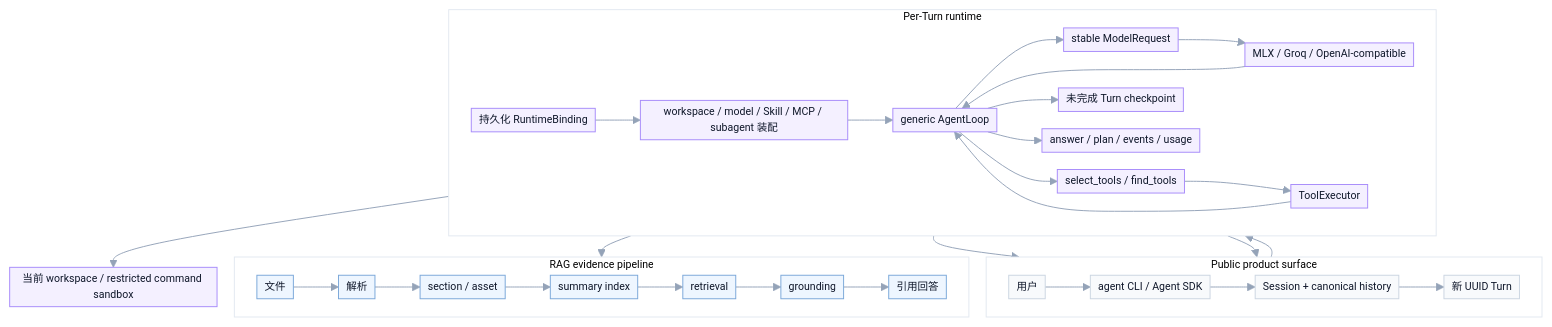
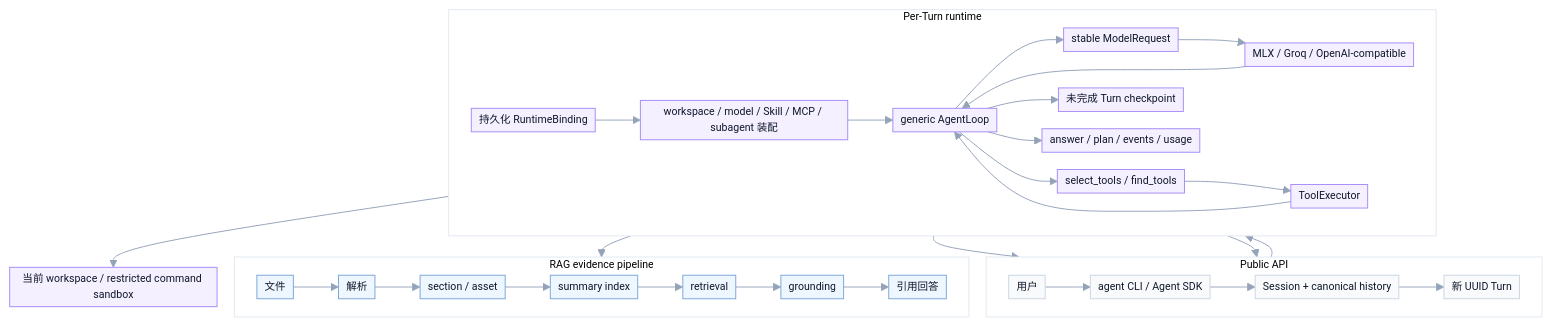
Before and after one commit to xiaoyinglei/Private-RAG-Agent: the diagram in README.md, drawn with Mermaid. The commit also changed other lines of this file, not shown here.

Commit message:
docs: make README public-facing

````diff
--- a/README.md
+++ b/README.md
@@ -316,33 +320,33 @@
 ```mermaid
 %%{init: {"theme": "base", "themeVariables": {"fontSize": "11px", "primaryColor": "#f8fafc", "primaryTextColor": "#0f172a", "primaryBorderColor": "#cbd5e1", "lineColor": "#94a3b8", "clusterBkg": "#ffffff", "clusterBorder": "#e2e8f0"}, "flowchart": {"nodeSpacing": 18, "rankSpacing": 22, "curve": "basis", "padding": 4}} }%%
 flowchart TB
-    subgraph PUB["Public product surface"]
+    subgraph PUB["Public API"]
         direction LR
         u["用户"] --> api["agent CLI / Agent SDK"] --> session["Session + canonical history"] --> turn["新 UUID Turn"]
     end
 
     subgraph AG["Per-Turn runtime"]
         direction LR
         binding["持久化 RuntimeBinding"] --> assembly["workspace / model / Skill / MCP / subagent 装配"] --> loop["generic AgentLoop"]
         loop --> request["stable ModelRequest"] --> provider["MLX / Groq / OpenAI-compatible"] --> loop
         loop --> visible["select_tools / find_tools"] --> executor["ToolExecutor"] --> loop
         loop --> checkpoint["未完成 Turn checkpoint"]
         loop --> result["answer / plan / events / usage"]
     end
 
     subgraph RAG["RAG evidence pipeline"]
         direction LR
         r1["文件"] --> r2["解析"] --> r3["section / asset"] --> r4["summary index"] --> r5["retrieval"] --> r6["grounding"] --> r7["引用回答"]
     end
 
     turn --> binding
     executor --> workspace["当前 workspace / restricted command sandbox"]
     executor --> r5
     result --> session
     checkpoint --> session
 
     classDef rag fill:#eef6ff,stroke:#7aa7d9,color:#0f172a;
     classDef agent fill:#f4f0ff,stroke:#a78bfa,color:#0f172a;
     class r1,r2,r3,r4,r5,r6,r7 rag;
     class binding,assembly,loop,request,provider,visible,executor,checkpoint,result,workspace agent;
 ```
````
